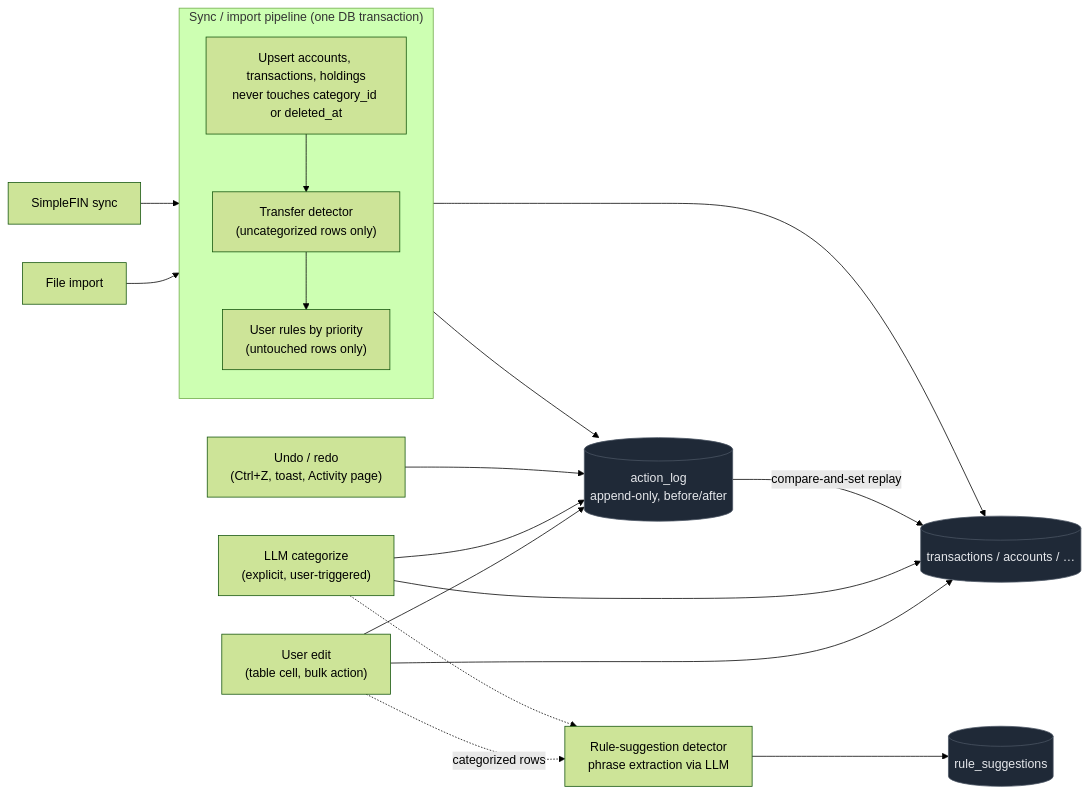
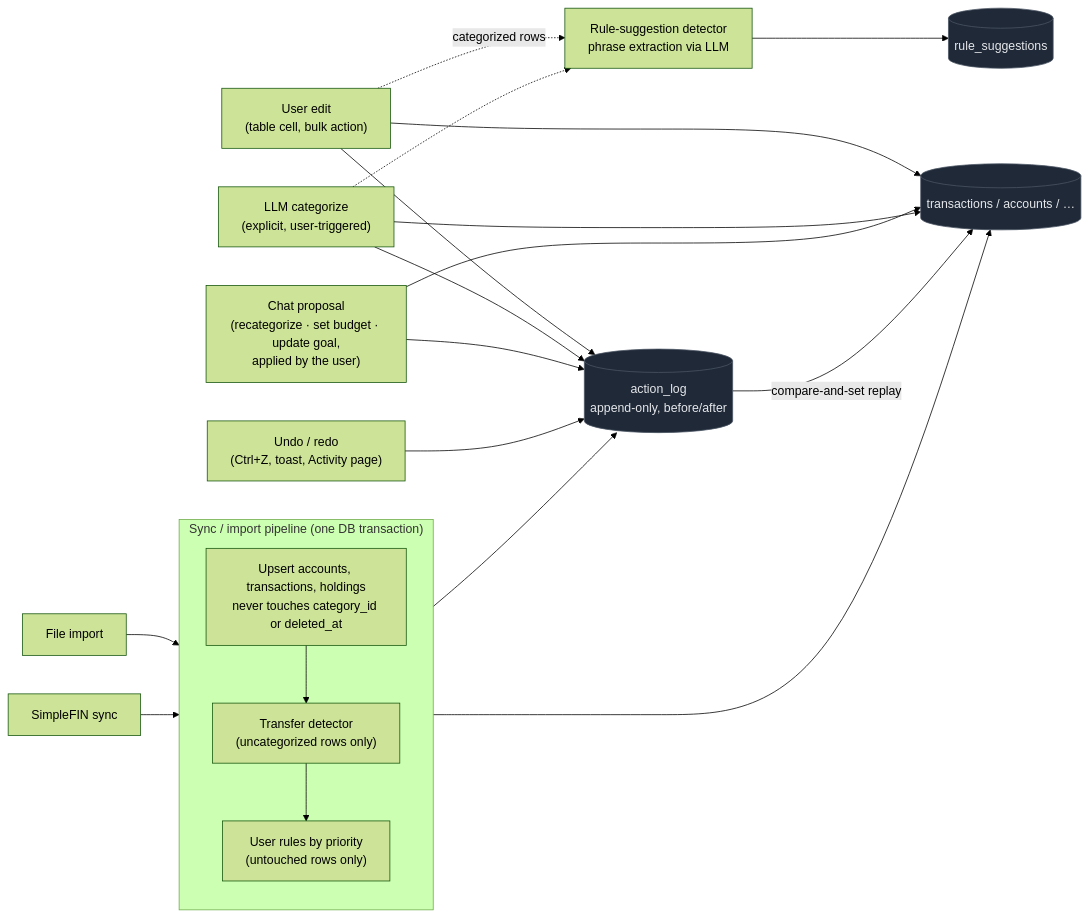
Before and after one commit to rafeautie/shmoney: the second of 6 diagrams in docs/ARCHITECTURE.md, drawn with Mermaid (forest theme). The commit also changed other lines of this file and 2 other files, not shown here.

First line of the commit message:
Make the README and architecture doc match the app

````diff
--- a/docs/ARCHITECTURE.md
+++ b/docs/ARCHITECTURE.md
@@ -73,38 +79,41 @@
 ```mermaid
 flowchart LR
     user["User edit<br/>(table cell, bulk action)"]
     sync["SimpleFIN sync"]
     imp["File import"]
 
     subgraph pipeline["Sync / import pipeline (one DB transaction)"]
         direction TB
         upsert["Upsert accounts, transactions, holdings<br/>never touches category_id or deleted_at"]
         detect["Transfer detector<br/>(uncategorized rows only)"]
         rules["User rules by priority<br/>(untouched rows only)"]
         upsert --> detect --> rules
     end
 
     llmcat["LLM categorize<br/>(explicit, user-triggered)"]
+    proposal["Chat proposal<br/>(recategorize · set budget · update goal,<br/>applied by the user)"]
     suggest["Rule-suggestion detector<br/>phrase extraction via LLM"]
 
     log[("action_log<br/>append-only, before/after")]
     db[("transactions / accounts / …")]
 
     user --> db
     sync --> pipeline
     imp --> upsert
     pipeline --> db
     llmcat --> db
+    proposal --> db
     user -.->|"categorized rows"| suggest
     llmcat -.-> suggest
     suggest --> sugtable[("rule_suggestions")]
 
     user --> log
     pipeline --> log
     llmcat --> log
+    proposal --> log
     undo["Undo / redo<br/>(Ctrl+Z, toast, Activity page)"] --> log
     log -->|"compare-and-set replay"| db
 
     classDef store fill:#1f2937,stroke:#4b5563,color:#e5e7eb
     class log,db,sugtable store
 ```
````
